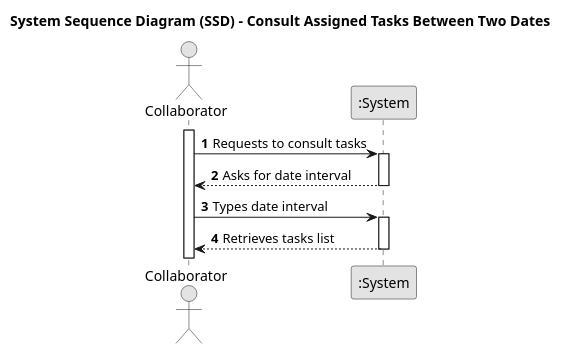
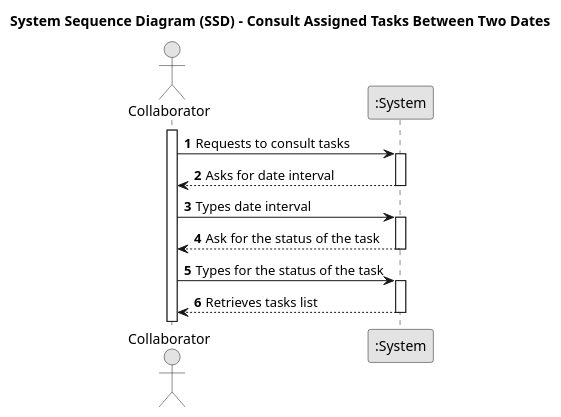
The diagram in docs/SprintC/us28/01.requirements-engineering/puml/us028-system-sequence-diagram-alternative-one.puml (Departamento-de-Engenharia-Informatica/lei-24-s2-1df-1de-g063), drawn with PlantUML before and after one commit. The commit also changed 1 other file, not shown here.

```diff
--- a/docs/SprintC/us28/01.requirements-engineering/puml/us028-system-sequence-diagram-alternative-one.puml
+++ b/docs/SprintC/us28/01.requirements-engineering/puml/us028-system-sequence-diagram-alternative-one.puml
@@ -1,27 +1,36 @@
 @startuml
 skinparam monochrome true
 skinparam packageStyle rectangle
 skinparam shadowing false
 
 title System Sequence Diagram (SSD) - Consult Assigned Tasks Between Two Dates
 
 autonumber
 
 actor "Collaborator" as Collaborator
 participant ":System" as System
 
 activate Collaborator
 
     Collaborator -> System : Requests to consult tasks
     activate System
 
         System --> Collaborator : Asks for date interval
     deactivate System
 
-    Collaborator -> System : Types date interval
+
+Collaborator -> System : Types date interval
+    activate System
+
+        System --> Collaborator : Ask for the status of the task
+    deactivate System
+
+
+
+    Collaborator -> System : Types for the status of the task
     activate System
 
         System --> Collaborator : Retrieves tasks list
     deactivate System
 
 @enduml
```
